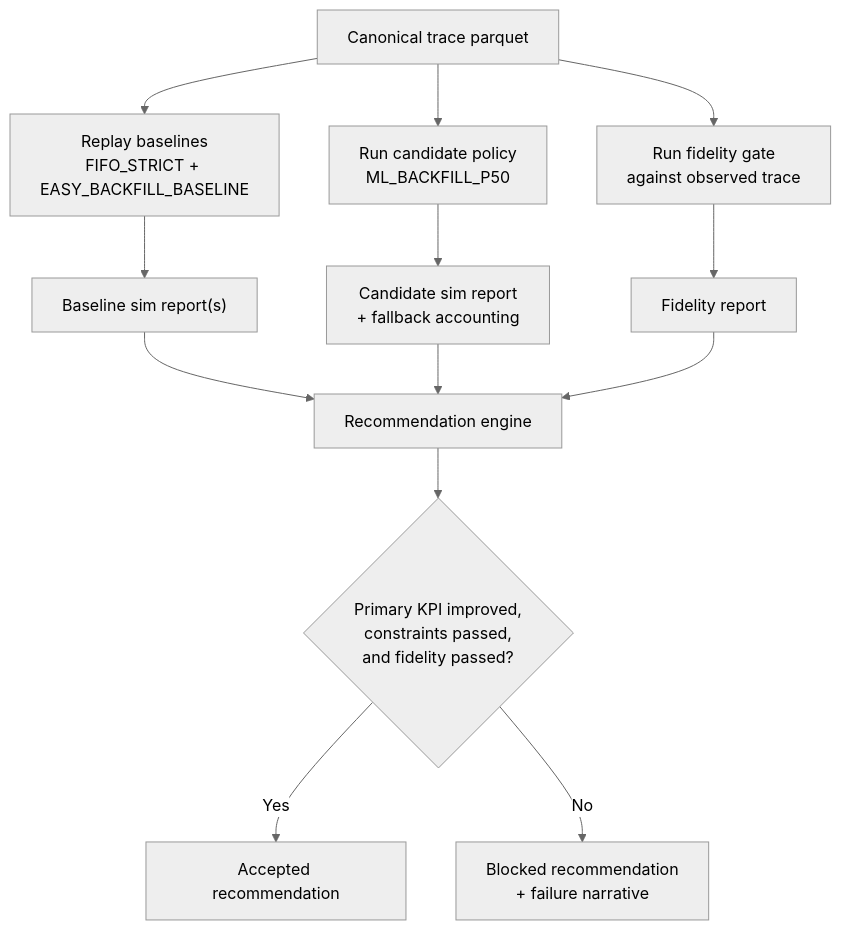
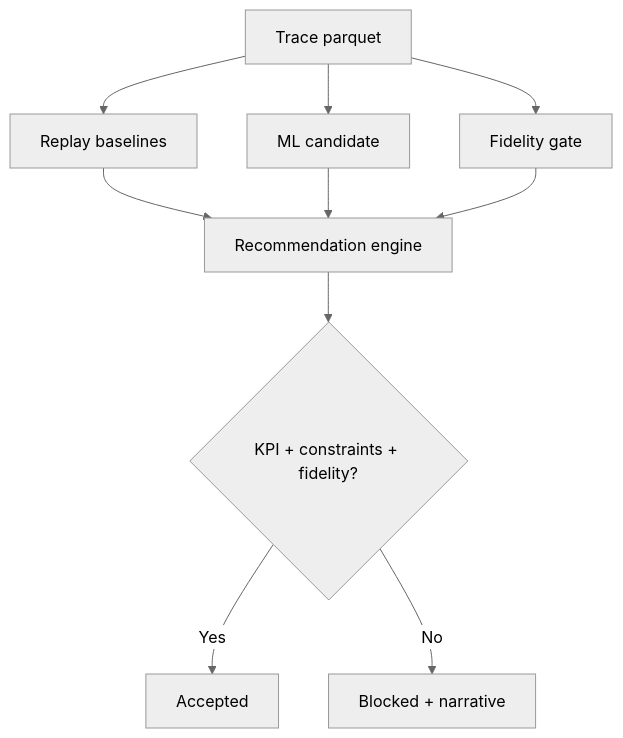
One commit to ErenAri/HCP-workload-optimizer changed the second of 8 diagrams in README.md. Above: the diagram before and after it, drawn with Mermaid (neutral theme). The commit also changed other lines of this file and 7 other files, not shown here.

````diff
--- a/README.md
+++ b/README.md
@@ -203,18 +184,10 @@
 ```mermaid
 flowchart TD
-  A["Canonical trace parquet"] --> B["Replay baselines<br/>FIFO_STRICT + EASY_BACKFILL_BASELINE"]
-  A --> C["Run candidate policy<br/>ML_BACKFILL_P50"]
-  A --> D["Run fidelity gate<br/>against observed trace"]
-
-  B --> E["Baseline sim report(s)"]
-  C --> F["Candidate sim report<br/>+ fallback accounting"]
-  D --> G["Fidelity report"]
-
-  E --> H["Recommendation engine"]
-  F --> H
-  G --> H
-
-  H --> I{"Primary KPI improved,<br/>constraints passed,<br/>and fidelity passed?"}
-  I -->|"Yes"| J["Accepted recommendation"]
-  I -->|"No"| K["Blocked recommendation<br/>+ failure narrative"]
+  A[Trace parquet] --> B[Replay baselines] & C[ML candidate] & D[Fidelity gate]
+  B --> H[Recommendation engine]
+  C --> H
+  D --> H
+  H --> I{KPI + constraints + fidelity?}
+  I -->|Yes| J[Accepted]
+  I -->|No| K[Blocked + narrative]
 ```
````
